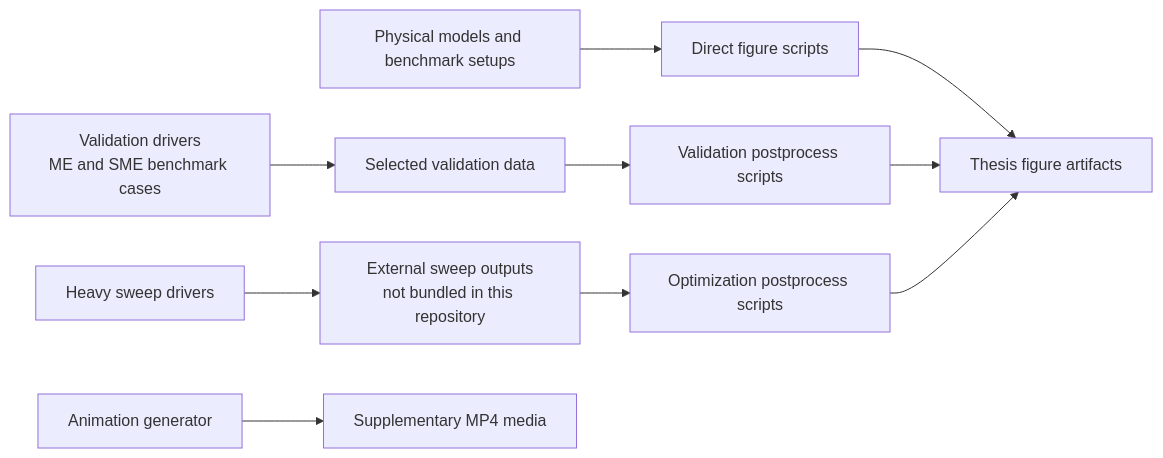
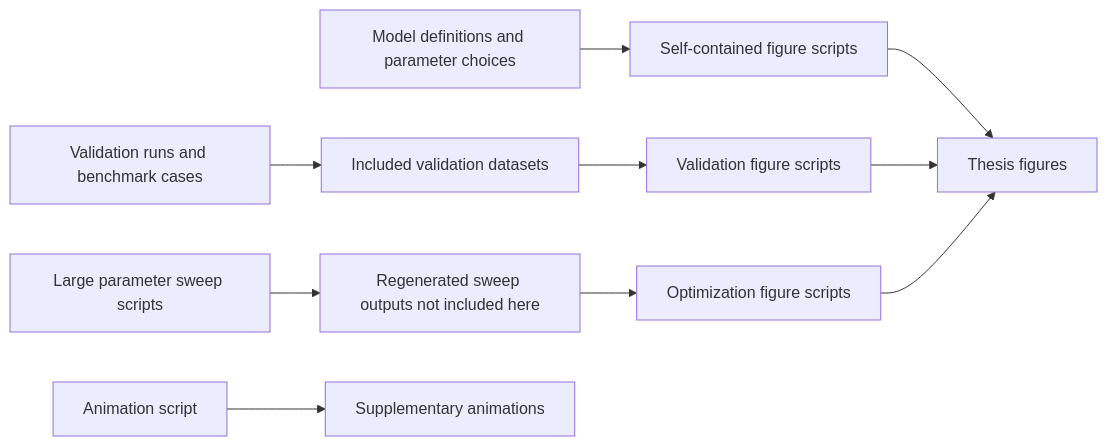
The diagram in README.md (ziaahmed812/qubit-readout-repo), drawn with Mermaid before and after one commit. The commit also changed other lines of this file and 4 other files, not shown here.

````diff
--- a/README.md
+++ b/README.md
@@ -55,12 +55,12 @@
 ```mermaid
 flowchart LR
-    A[Physical models and benchmark setups] --> B[Direct figure scripts]
-    C[Validation drivers<br/>ME and SME benchmark cases] --> D[Selected validation data]
-    D --> E[Validation postprocess scripts]
-    F[Heavy sweep drivers] --> G[External sweep outputs<br/>not bundled in this repository]
-    G --> H[Optimization postprocess scripts]
-    B --> I[Thesis figure artifacts]
+    A[Model definitions and parameter choices] --> B[Self-contained figure scripts]
+    C[Validation runs and benchmark cases] --> D[Included validation datasets]
+    D --> E[Validation figure scripts]
+    F[Large parameter sweep scripts] --> G[Regenerated sweep outputs not included here]
+    G --> H[Optimization figure scripts]
+    B --> I[Thesis figures]
     E --> I
     H --> I
-    J[Animation generator] --> K[Supplementary MP4 media]
+    J[Animation script] --> K[Supplementary animations]
 ```
````
